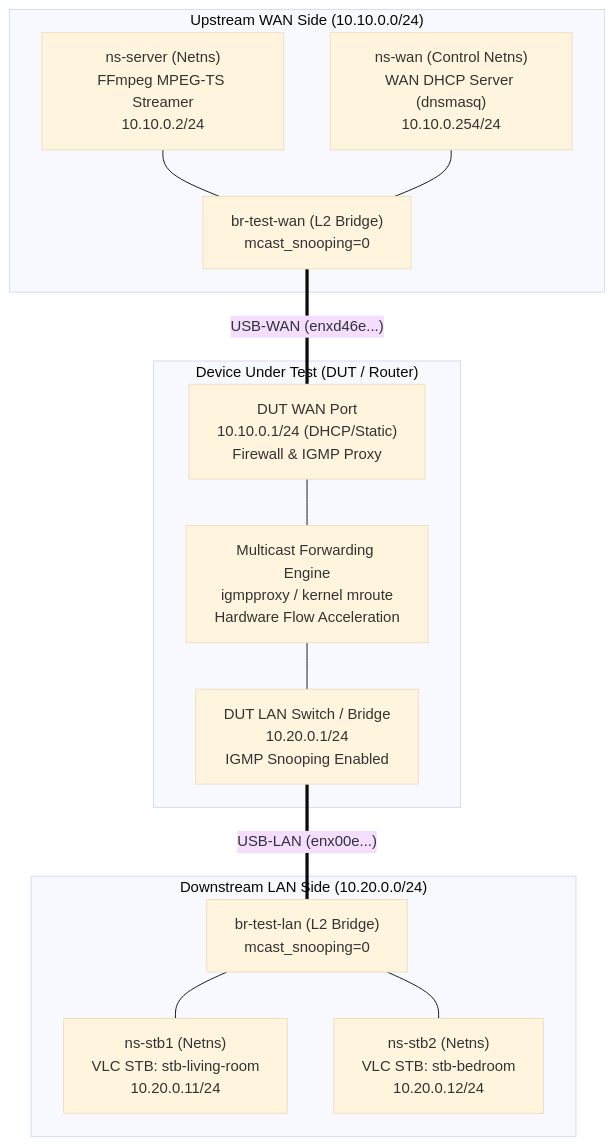
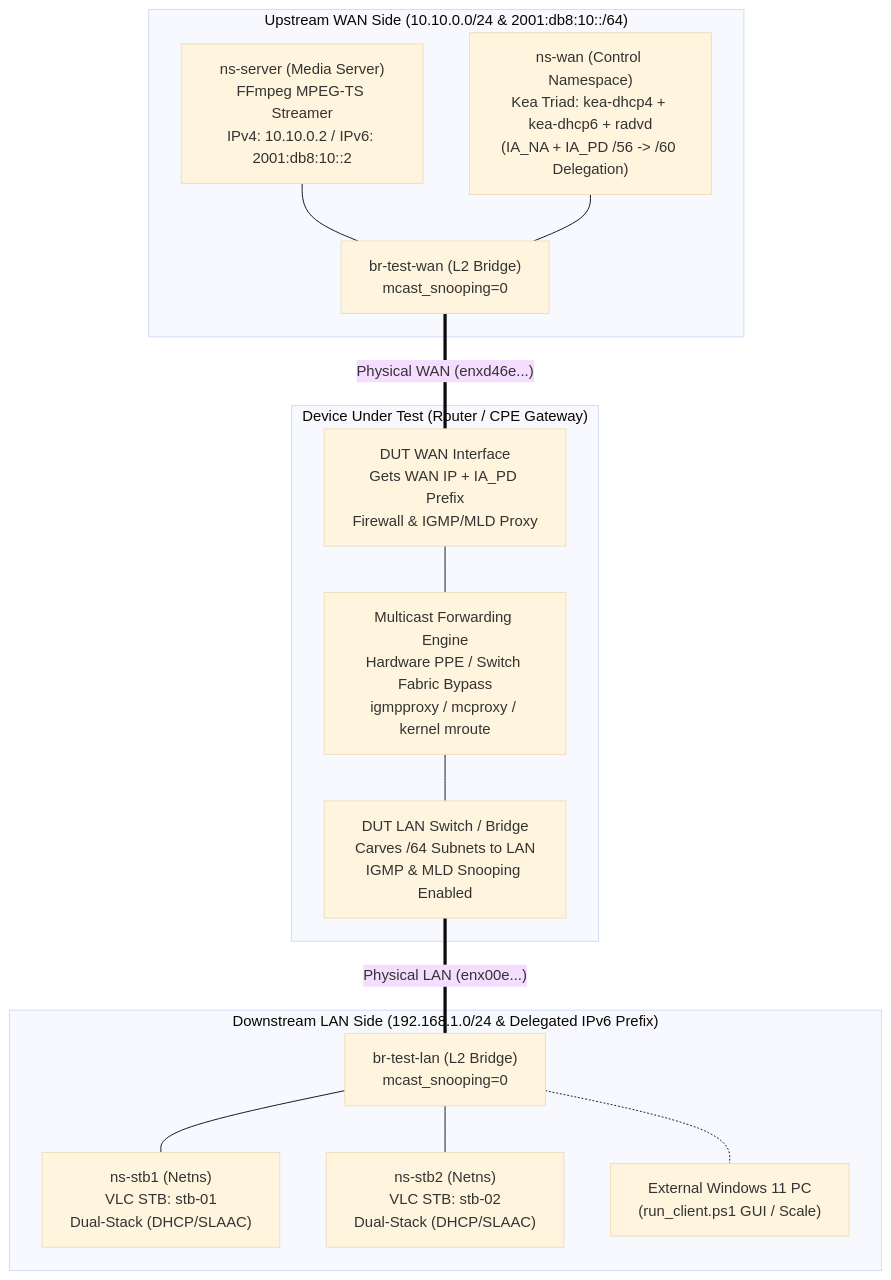
Before and after one commit to dddat101/iptv_multicast_integration_lab: the first of 2 diagrams in README.md, drawn with Mermaid (base theme). The commit also changed other lines of this file, not shown here.

Commit message:
docs: modernize and streamline README.md with Kea triad and dual-stack workflows

````diff
--- a/README.md
+++ b/README.md
@@ -28,28 +34,30 @@
 ```mermaid
 flowchart TD
-    subgraph WAN_Side["Upstream WAN Side (10.10.0.0/24)"]
-        SRV["ns-server (Netns)\nFFmpeg MPEG-TS Streamer\n10.10.0.2/24"]
-        CTL["ns-wan (Control Netns)\nWAN DHCP Server (dnsmasq)\n10.10.0.254/24"]
+    subgraph WAN_Side["Upstream WAN Side (10.10.0.0/24 & 2001:db8:10::/64)"]
+        SRV["ns-server (Media Server)\nFFmpeg MPEG-TS Streamer\nIPv4: 10.10.0.2 / IPv6: 2001:db8:10::2"]
+        CTL["ns-wan (Control Namespace)\nKea Triad: kea-dhcp4 + kea-dhcp6 + radvd\n(IA_NA + IA_PD /56 -> /60 Delegation)"]
         BR_WAN["br-test-wan (L2 Bridge)\nmcast_snooping=0"]
         SRV --- BR_WAN
         CTL --- BR_WAN
     end
 
-    subgraph DUT["Device Under Test (DUT / Router)"]
-        DUT_WAN["DUT WAN Port\n10.10.0.1/24 (DHCP/Static)\nFirewall & IGMP Proxy"]
-        DUT_CORE["Multicast Forwarding Engine\nigmpproxy / kernel mroute\nHardware Flow Acceleration"]
-        DUT_LAN["DUT LAN Switch / Bridge\n10.20.0.1/24\nIGMP Snooping Enabled"]
+    subgraph DUT["Device Under Test (Router / CPE Gateway)"]
+        DUT_WAN["DUT WAN Interface\nGets WAN IP + IA_PD Prefix\nFirewall & IGMP/MLD Proxy"]
+        DUT_CORE["Multicast Forwarding Engine\nHardware PPE / Switch Fabric Bypass\nigmpproxy / mcproxy / kernel mroute"]
+        DUT_LAN["DUT LAN Switch / Bridge\nCarves /64 Subnets to LAN\nIGMP & MLD Snooping Enabled"]
         DUT_WAN --- DUT_CORE --- DUT_LAN
     end
 
-    subgraph LAN_Side["Downstream LAN Side (10.20.0.0/24)"]
+    subgraph LAN_Side["Downstream LAN Side (192.168.1.0/24 & Delegated IPv6 Prefix)"]
         BR_LAN["br-test-lan (L2 Bridge)\nmcast_snooping=0"]
-        C1["ns-stb1 (Netns)\nVLC STB: stb-living-room\n10.20.0.11/24"]
-        C2["ns-stb2 (Netns)\nVLC STB: stb-bedroom\n10.20.0.12/24"]
+        C1["ns-stb1 (Netns)\nVLC STB: stb-01\nDual-Stack (DHCP/SLAAC)"]
+        C2["ns-stb2 (Netns)\nVLC STB: stb-02\nDual-Stack (DHCP/SLAAC)"]
+        WIN["External Windows 11 PC\n(run_client.ps1 GUI / Scale)"]
         BR_LAN --- C1
         BR_LAN --- C2
+        BR_LAN -.- WIN
     end
 
-    BR_WAN ===|"USB-WAN (enxd46e...)"| DUT_WAN
-    DUT_LAN ===|"USB-LAN (enx00e...)"| BR_LAN
+    BR_WAN ===|"Physical WAN (enxd46e...)"| DUT_WAN
+    DUT_LAN ===|"Physical LAN (enx00e...)"| BR_LAN
 ```
````
